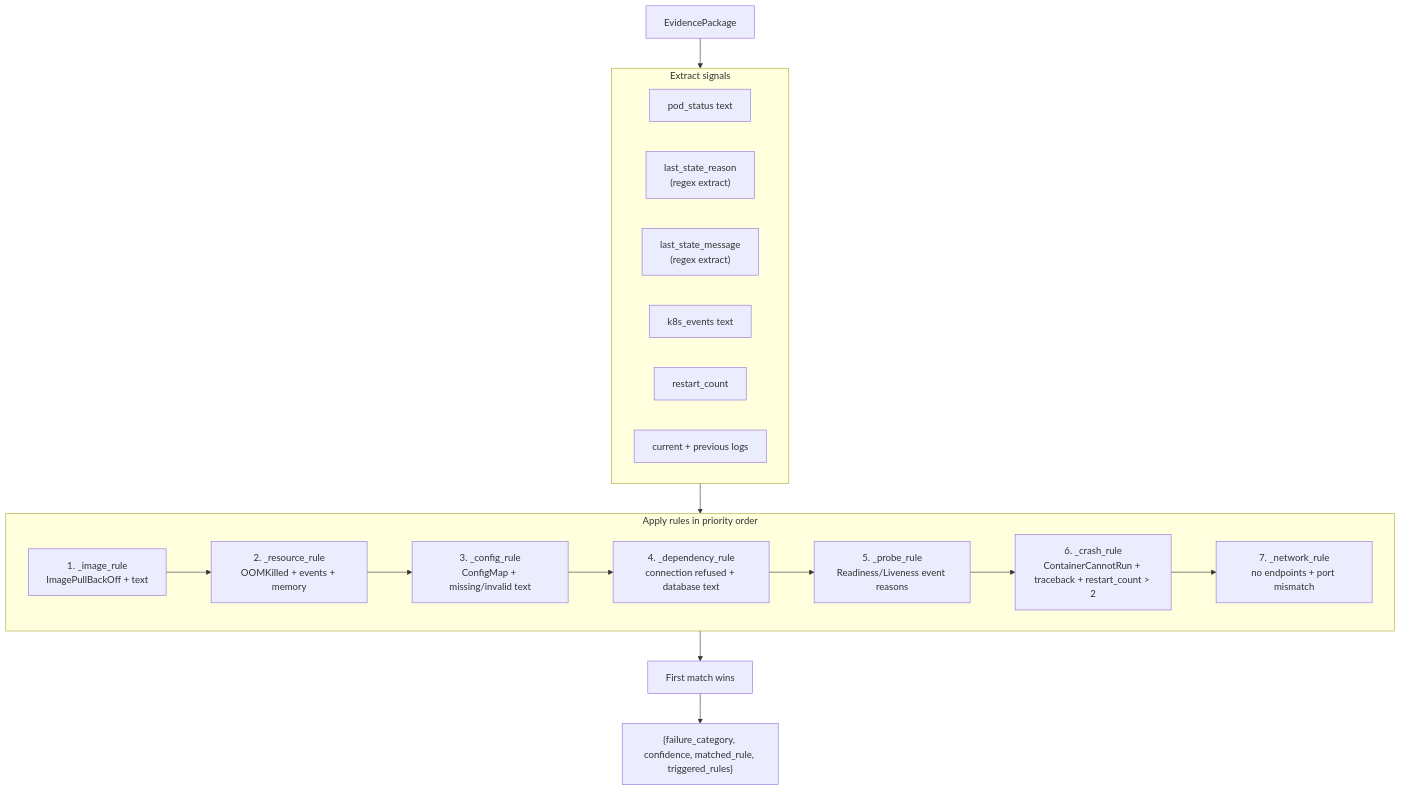
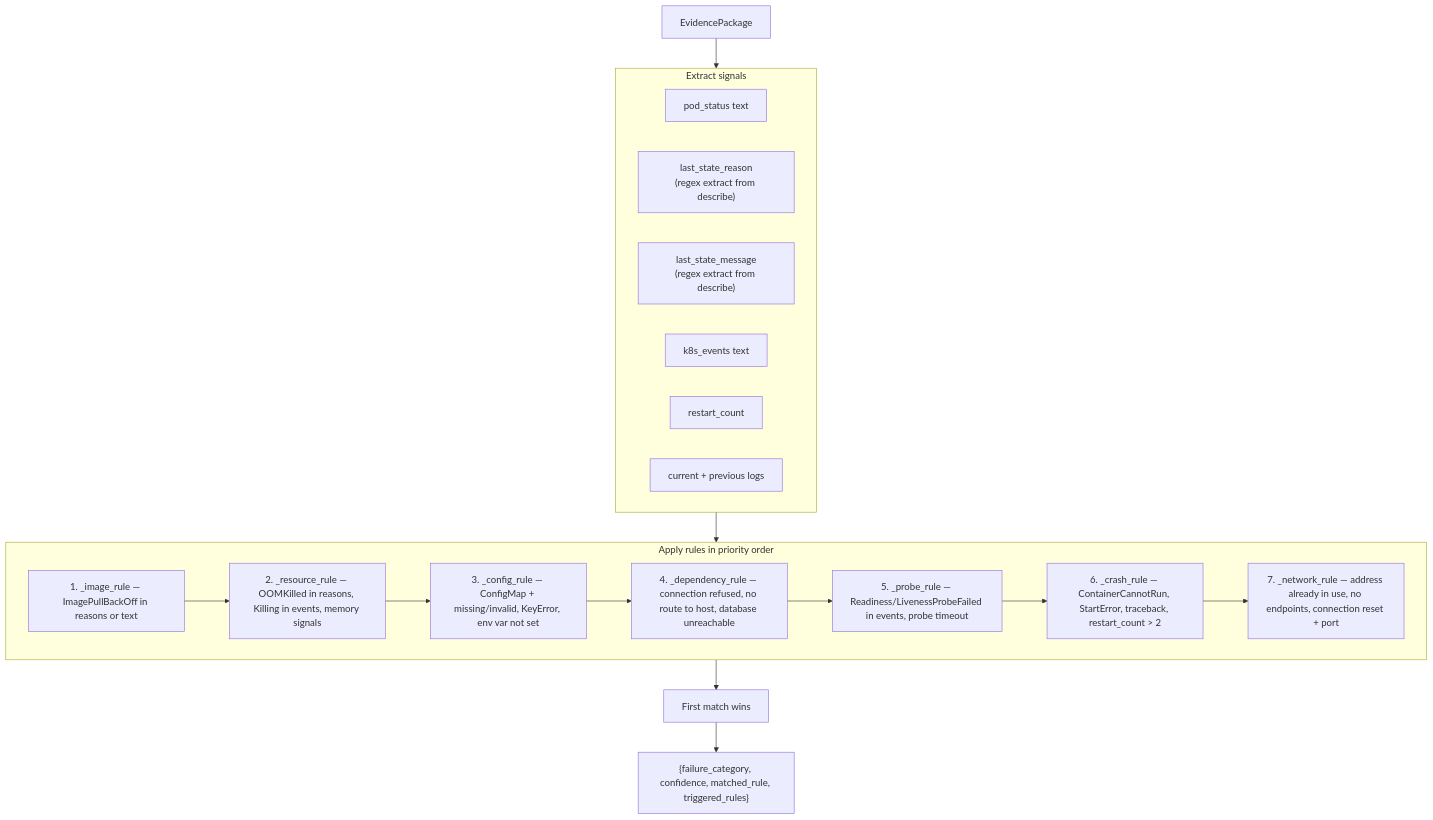
The tenth of 18 diagrams in docs/Technical-Documentation.md (1hirak/k8s-llm-incident-analyser-v2), drawn with Mermaid before and after one commit. The commit also changed other lines of this file and 3 other files, not shown here.

````diff
--- a/docs/Technical-Documentation.md
+++ b/docs/Technical-Documentation.md
@@ -1338,25 +1526,25 @@
 ```mermaid
 flowchart TD
     Pkg["EvidencePackage"] --> Extract
     subgraph Extract["Extract signals"]
         E1["pod_status text"]
-        E2["last_state_reason\n(regex extract)"]
-        E3["last_state_message\n(regex extract)"]
+        E2["last_state_reason<br>(regex extract from describe)"]
+        E3["last_state_message<br>(regex extract from describe)"]
         E4["k8s_events text"]
         E5["restart_count"]
         E6["current + previous logs"]
     end
     Extract --> Rules
     subgraph Rules["Apply rules in priority order"]
-        R1["1. _image_rule\nImagePullBackOff + text"]
-        R2["2. _resource_rule\nOOMKilled + events + memory"]
-        R3["3. _config_rule\nConfigMap + missing/invalid text"]
-        R4["4. _dependency_rule\nconnection refused + database text"]
-        R5["5. _probe_rule\nReadiness/Liveness event reasons"]
-        R6["6. _crash_rule\nContainerCannotRun + traceback + restart_count > 2"]
-        R7["7. _network_rule\nno endpoints + port mismatch"]
+        R1["1. _image_rule — ImagePullBackOff in reasons or text"]
+        R2["2. _resource_rule — OOMKilled in reasons, Killing in events, memory signals"]
+        R3["3. _config_rule — ConfigMap + missing/invalid, KeyError, env var not set"]
+        R4["4. _dependency_rule — connection refused, no route to host, database unreachable"]
+        R5["5. _probe_rule — Readiness/LivenessProbeFailed in events, probe timeout"]
+        R6["6. _crash_rule — ContainerCannotRun, StartError, traceback, restart_count > 2"]
+        R7["7. _network_rule — address already in use, no endpoints, connection reset + port"]
         R1 --> R2 --> R3 --> R4 --> R5 --> R6 --> R7
     end
     Rules --> First["First match wins"]
     First --> Out["{failure_category, confidence, matched_rule, triggered_rules}"]
 ```
````
